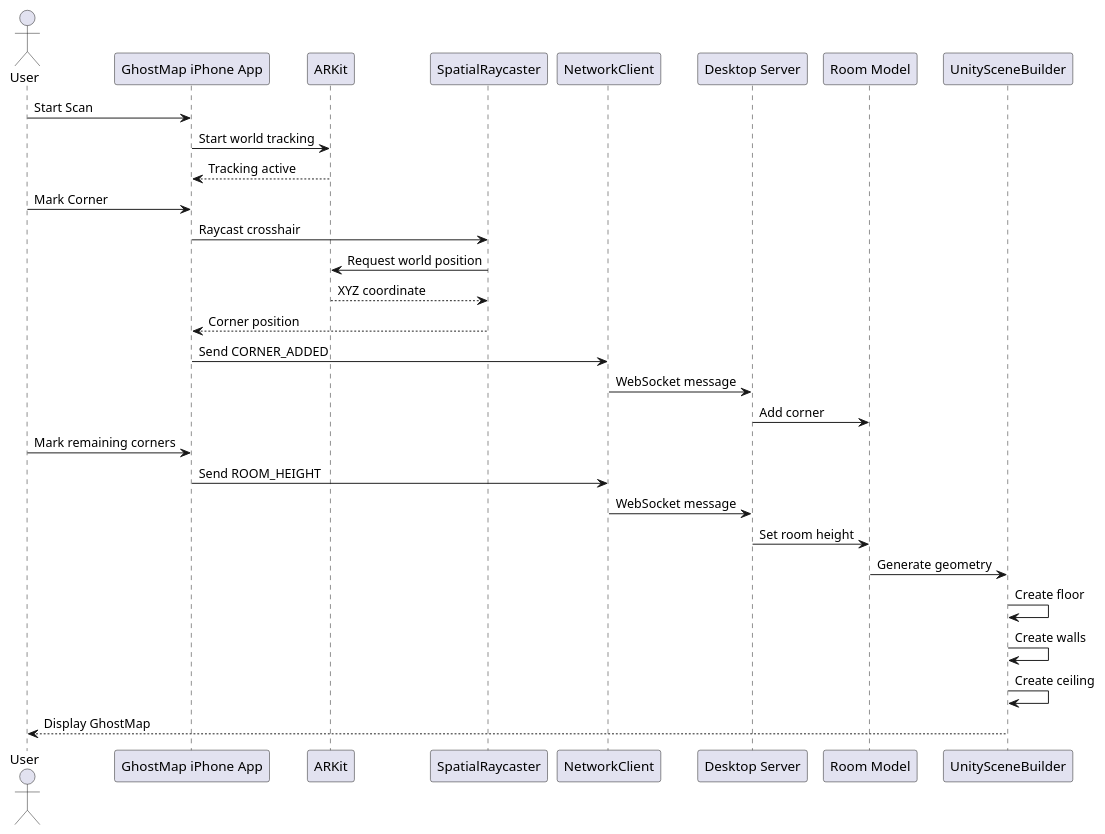
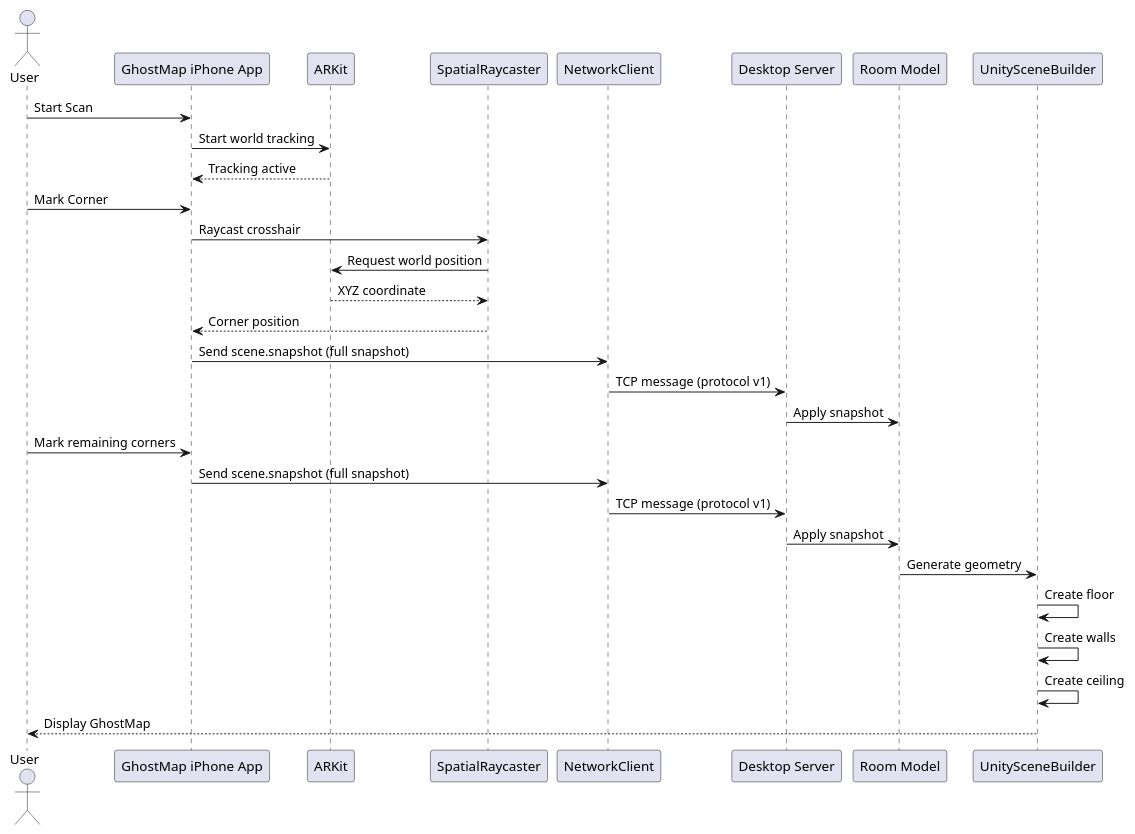
The fourth of 7 diagrams in docs/specs/ghostmap-project-spec.md (AmeyaSJoshi/GhostMap), drawn with PlantUML before and after one commit. The commit also changed other lines of this file and 8 other files, not shown here.

First line of the commit message:
docs(architecture): define one-button computer transfer UX

````diff
--- a/docs/specs/ghostmap-project-spec.md
+++ b/docs/specs/ghostmap-project-spec.md
@@ -747,42 +778,42 @@
 ```plantuml
 @startuml
 
 actor User
 
 participant "GhostMap iPhone App" as App
 participant "ARKit" as AR
 participant "SpatialRaycaster" as Ray
 participant "NetworkClient" as Network
 participant "Desktop Server" as Server
 participant "Room Model" as Room
 participant "UnitySceneBuilder" as Unity
 
 User -> App : Start Scan
 App -> AR : Start world tracking
 AR --> App : Tracking active
 
 User -> App : Mark Corner
 App -> Ray : Raycast crosshair
 Ray -> AR : Request world position
 AR --> Ray : XYZ coordinate
 Ray --> App : Corner position
 
-App -> Network : Send CORNER_ADDED
-Network -> Server : WebSocket message
-Server -> Room : Add corner
+App -> Network : Send scene.snapshot (full snapshot)
+Network -> Server : TCP message (protocol v1)
+Server -> Room : Apply snapshot
 
 User -> App : Mark remaining corners
 
-App -> Network : Send ROOM_HEIGHT
-Network -> Server : WebSocket message
-Server -> Room : Set room height
+App -> Network : Send scene.snapshot (full snapshot)
+Network -> Server : TCP message (protocol v1)
+Server -> Room : Apply snapshot
 
 Room -> Unity : Generate geometry
 Unity -> Unity : Create floor
 Unity -> Unity : Create walls
 Unity -> Unity : Create ceiling
 
 Unity --> User : Display GhostMap
 
 @enduml
 ```
````
